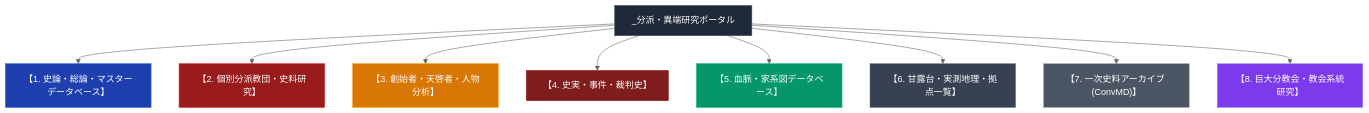
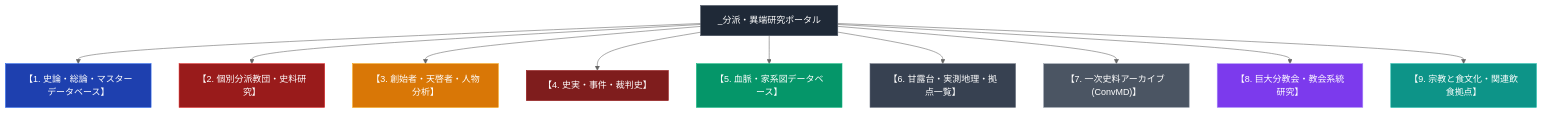
One commit to iida-masashi/religion-garden changed the diagram in content/01_宗派・異端研究/_分派・異端研究ポータル.md. Above: the diagram before and after it, drawn with Mermaid (neutral theme). The commit also changed other lines of this file and 19 other files, not shown here.

````diff
--- a/content/01_宗派・異端研究/_分派・異端研究ポータル.md
+++ b/content/01_宗派・異端研究/_分派・異端研究ポータル.md
@@ -25,21 +25,23 @@
 ```mermaid
 graph TD
     A["_分派・異端研究ポータル"] --> B1["【1. 史論・総論・マスターデータベース】"]
     A --> B2["【2. 個別分派教団・史料研究】"]
     A --> B3["【3. 創始者・天啓者・人物分析】"]
     A --> B4["【4. 史実・事件・裁判史】"]
     A --> B5["【5. 血脈・家系図データベース】"]
     A --> B6["【6. 甘露台・実測地理・拠点一覧】"]
     A --> B7["【7. 一次史料アーカイブ (ConvMD)】"]
     A --> B8["【8. 巨大分教会・教会系統研究】"]
+    A --> B9["【9. 宗教と食文化・関連飲食拠点】"]
     
     style A fill:#1f2937,stroke:#4b5563,color:#fff
     style B1 fill:#1e40af,stroke:#2563eb,color:#fff
     style B2 fill:#991b1b,stroke:#dc2626,color:#fff
     style B3 fill:#d97706,stroke:#f59e0b,color:#fff
     style B4 fill:#7f1d1d,stroke:#991b1b,color:#fff
     style B5 fill:#059669,stroke:#10b981,color:#fff
     style B6 fill:#374151,stroke:#6b7280,color:#fff
     style B7 fill:#4b5563,stroke:#9ca3af,color:#fff
     style B8 fill:#7c3aed,stroke:#a78bfa,color:#fff
+    style B9 fill:#0d9488,stroke:#14b8a6,color:#fff
 ```
````
